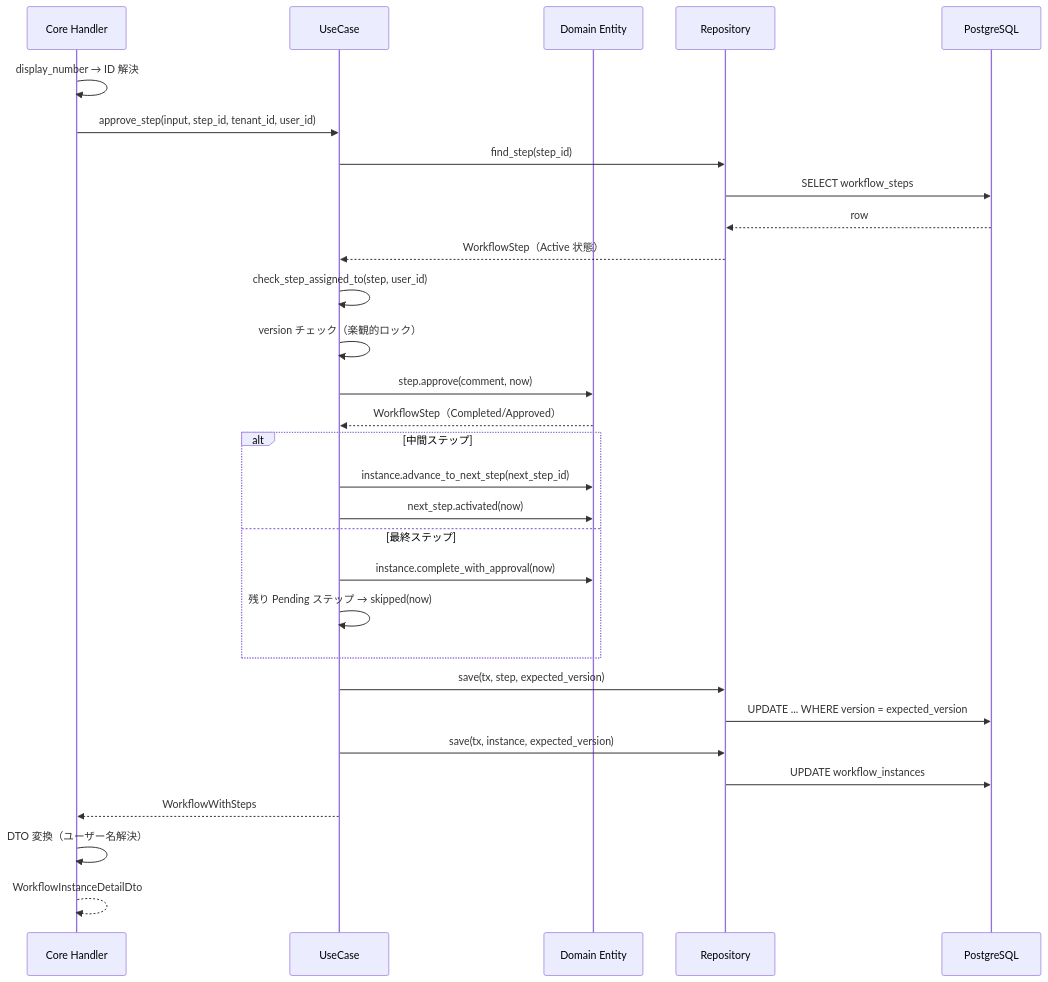
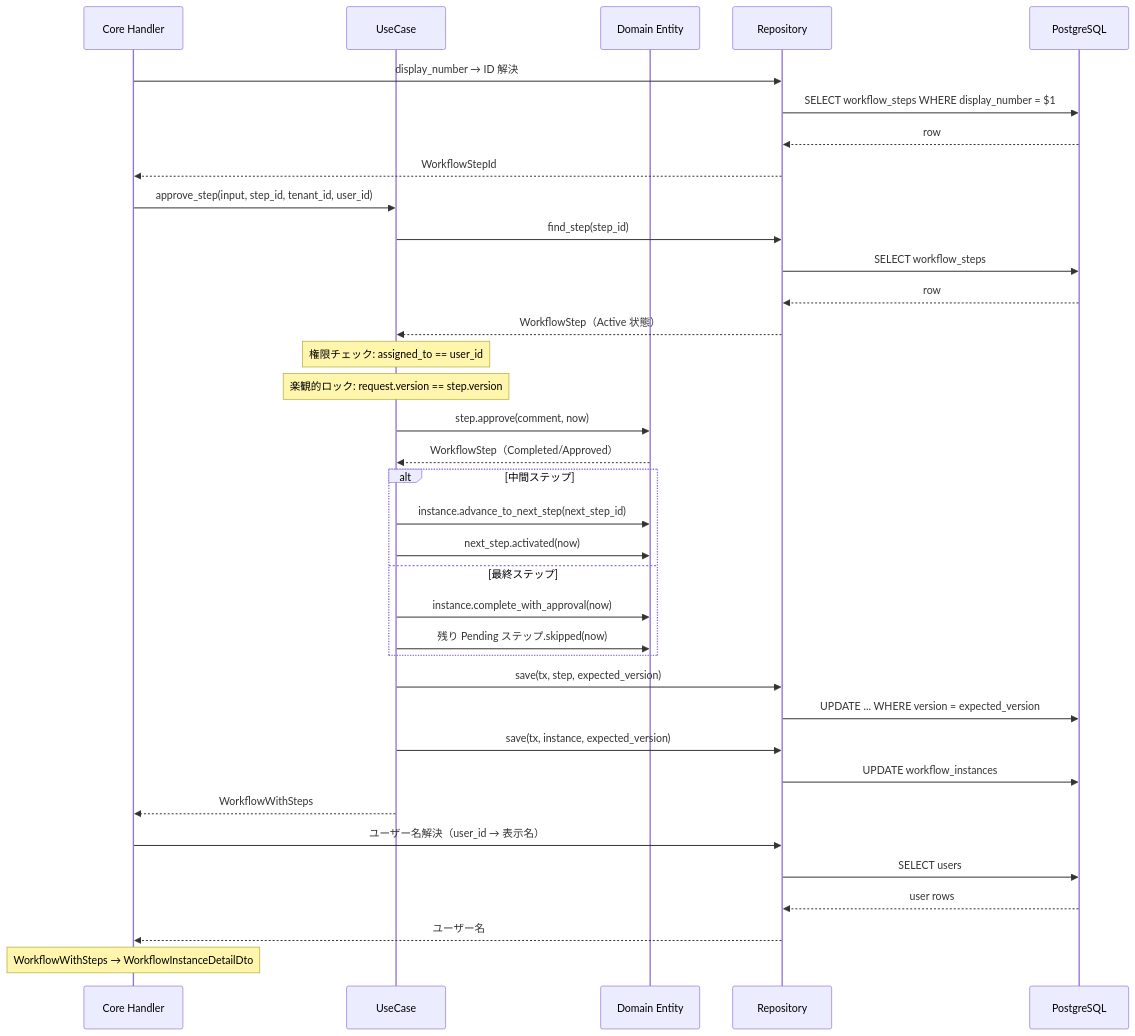
One commit to ka2kama/ringiflow changed the fourth of 6 diagrams in docs/90_実装解説/ワークフロー/02_承認・却下フロー.md. Above: the diagram before and after it, drawn with Mermaid.

Commit message:
#1128 Eliminate self-messages in Core internal flow diagram
- display_number → ID resolution: show DB query via Repository
- Permission/version checks: use Note instead of self-message
- DTO conversion: show user name resolution via Repository + DB
- Pending steps skipped: attribute to Domain, not UseCase

````diff
--- a/docs/90_実装解説/ワークフロー/02_承認・却下フロー.md
+++ b/docs/90_実装解説/ワークフロー/02_承認・却下フロー.md
@@ -144,39 +144,46 @@
 ```mermaid
 sequenceDiagram
     participant Handler as Core Handler
     participant UC as UseCase
     participant Domain as Domain Entity
     participant Repo as Repository
     participant DB as PostgreSQL
 
-    Handler->>Handler: display_number → ID 解決
+    Handler->>Repo: display_number → ID 解決
+    Repo->>DB: SELECT workflow_steps WHERE display_number = $1
+    DB-->>Repo: row
+    Repo-->>Handler: WorkflowStepId
+
     Handler->>UC: approve_step(input, step_id, tenant_id, user_id)
 
     UC->>Repo: find_step(step_id)
     Repo->>DB: SELECT workflow_steps
     DB-->>Repo: row
     Repo-->>UC: WorkflowStep（Active 状態）
 
-    UC->>UC: check_step_assigned_to(step, user_id)
-    UC->>UC: version チェック（楽観的ロック）
+    Note over UC: 権限チェック: assigned_to == user_id
+    Note over UC: 楽観的ロック: request.version == step.version
 
     UC->>Domain: step.approve(comment, now)
     Domain-->>UC: WorkflowStep（Completed/Approved）
 
     alt 中間ステップ
         UC->>Domain: instance.advance_to_next_step(next_step_id)
         UC->>Domain: next_step.activated(now)
     else 最終ステップ
         UC->>Domain: instance.complete_with_approval(now)
-        UC->>UC: 残り Pending ステップ → skipped(now)
+        UC->>Domain: 残り Pending ステップ.skipped(now)
     end
 
     UC->>Repo: save(tx, step, expected_version)
     Repo->>DB: UPDATE ... WHERE version = expected_version
     UC->>Repo: save(tx, instance, expected_version)
     Repo->>DB: UPDATE workflow_instances
 
     UC-->>Handler: WorkflowWithSteps
-    Handler->>Handler: DTO 変換（ユーザー名解決）
-    Handler-->>Handler: WorkflowInstanceDetailDto
+    Handler->>Repo: ユーザー名解決（user_id → 表示名）
+    Repo->>DB: SELECT users
+    DB-->>Repo: user rows
+    Repo-->>Handler: ユーザー名
+    Note over Handler: WorkflowWithSteps → WorkflowInstanceDetailDto
 ```
````
